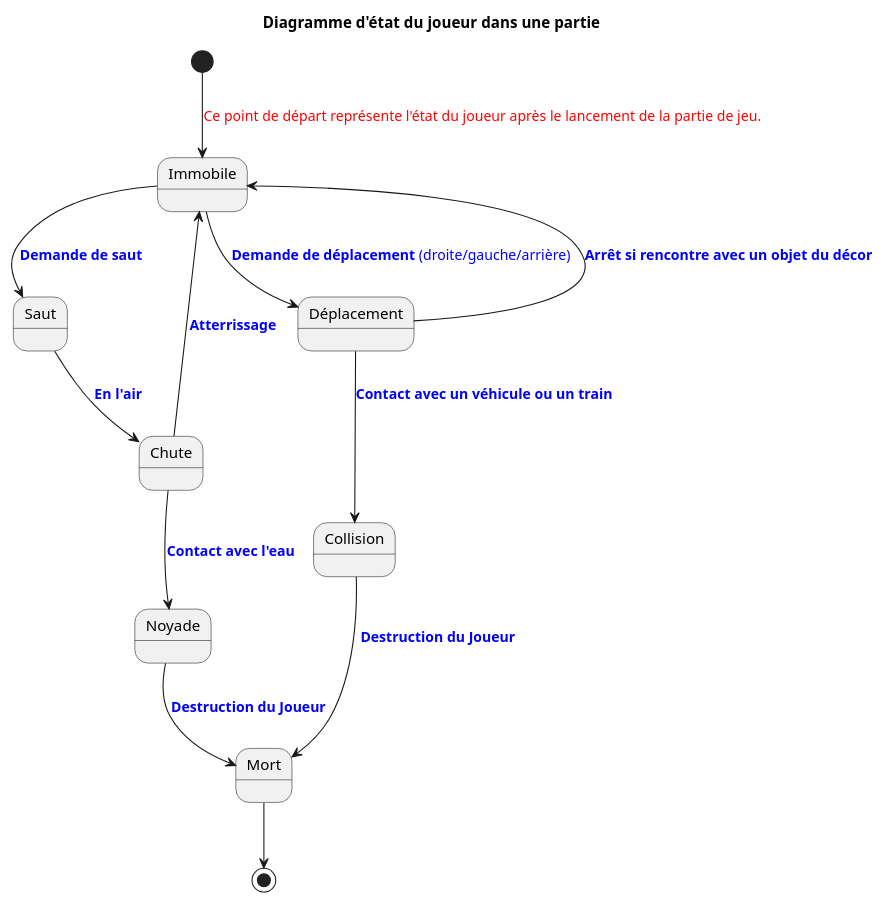
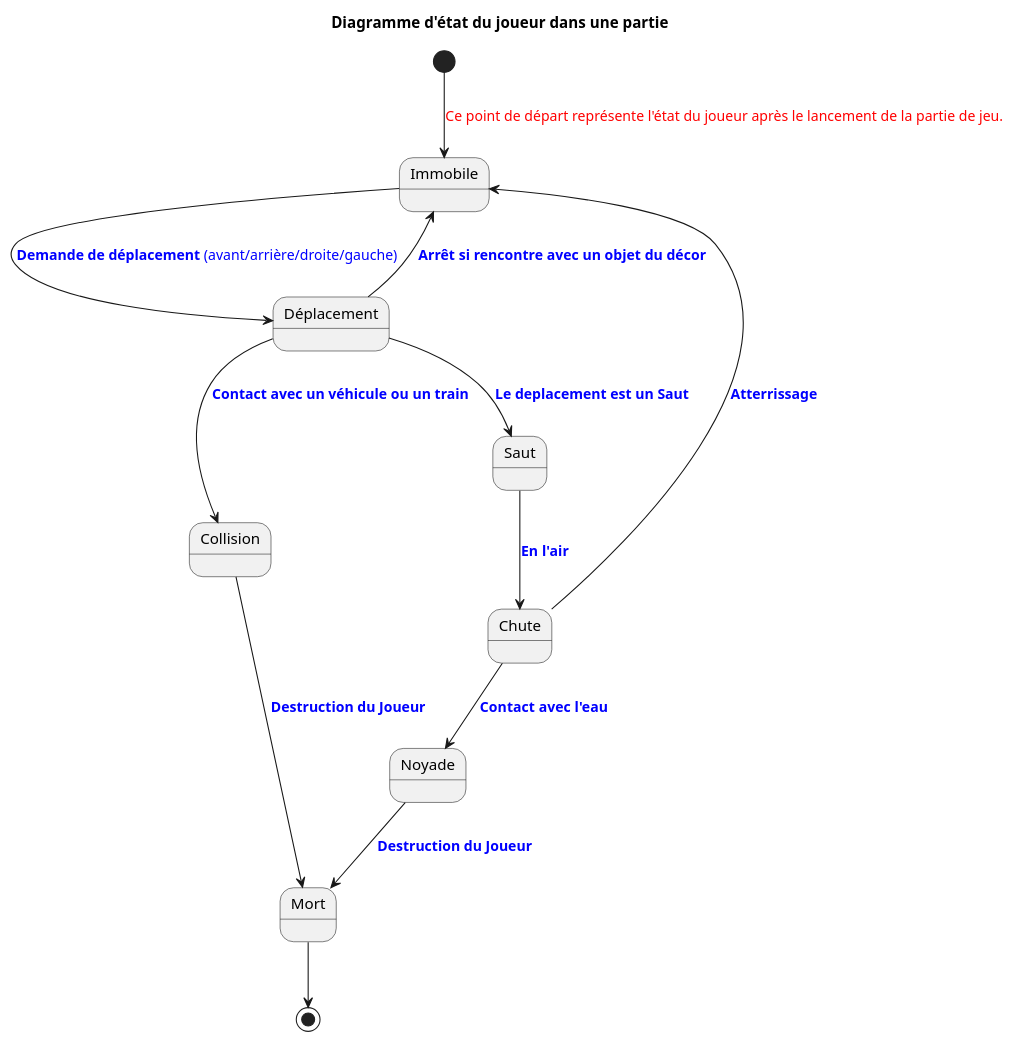
Before and after one commit to Jean-Marc-Fan-Club-VIP/crossy-vosges: the diagram in Conception/state_diagram.puml, drawn with PlantUML. The commit also changed 3 other files, not shown here.

Commit message:
few correction for diagrams

```diff
--- a/Conception/state_diagram.puml
+++ b/Conception/state_diagram.puml
@@ -1,23 +1,23 @@
 @startuml
 title Diagramme d'état du joueur dans une partie
 
 [*] --> Immobile : <color:red>Ce point de départ représente l'état du joueur après le lancement de la partie de jeu.</color>
 
-Immobile --> Saut : <color:blue>**Demande de saut**</color>
-Immobile --> Déplacement : <color:blue>**Demande de déplacement **(droite/gauche/arrière)</color>
+Immobile --> Déplacement : <color:blue>**Demande de déplacement **(avant/arrière/droite/gauche)</color>
+Déplacement --> Saut : <color:blue>**Le deplacement est un Saut**</color>
 
 Saut --> Chute : <color:blue>**En l'air**</color>
 
 Chute --> Immobile : <color:blue>**Atterrissage**</color>
 Chute --> Noyade : <color:blue>**Contact avec l'eau**</color>
 
 Noyade --> Mort : <color:blue>**Destruction du Joueur**</color>
 
 Déplacement --> Immobile : <color:blue>**Arrêt si rencontre avec un objet du décor**</color>
 Déplacement --> Collision : <color:blue>**Contact avec un véhicule ou un train**</color>
 
 Collision --> Mort : <color:blue>** Destruction du Joueur **</color>
 
 Mort --> [*]
 
 @enduml
```
